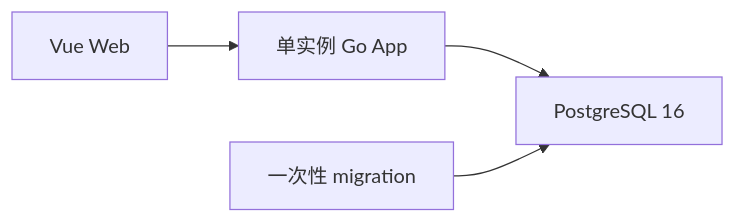
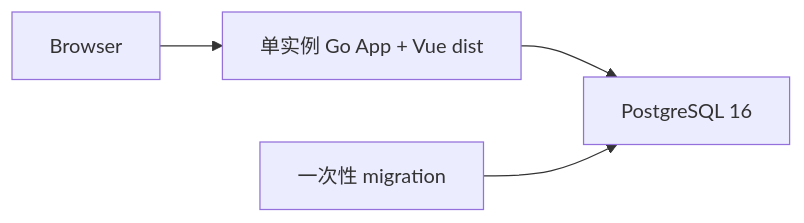
Before and after one commit to CoderLTS/coinsphere-go: the diagram in README.md, drawn with Mermaid. The commit also changed other lines of this file and 54 other files, not shown here.

````diff
--- a/README.md
+++ b/README.md
@@ -23,6 +23,6 @@
 ```mermaid
 flowchart LR
-    WEB["Vue Web"] --> APP["单实例 Go App"]
+    BROWSER["Browser"] --> APP["单实例 Go App + Vue dist"]
     APP --> DB["PostgreSQL 16"]
     MIGRATE["一次性 migration"] --> DB
 ```
````
